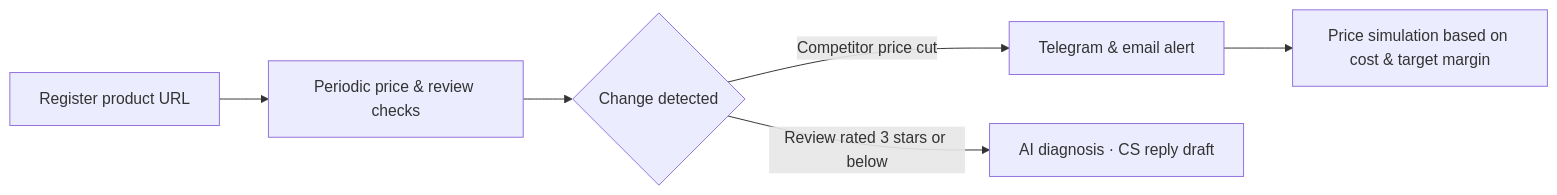
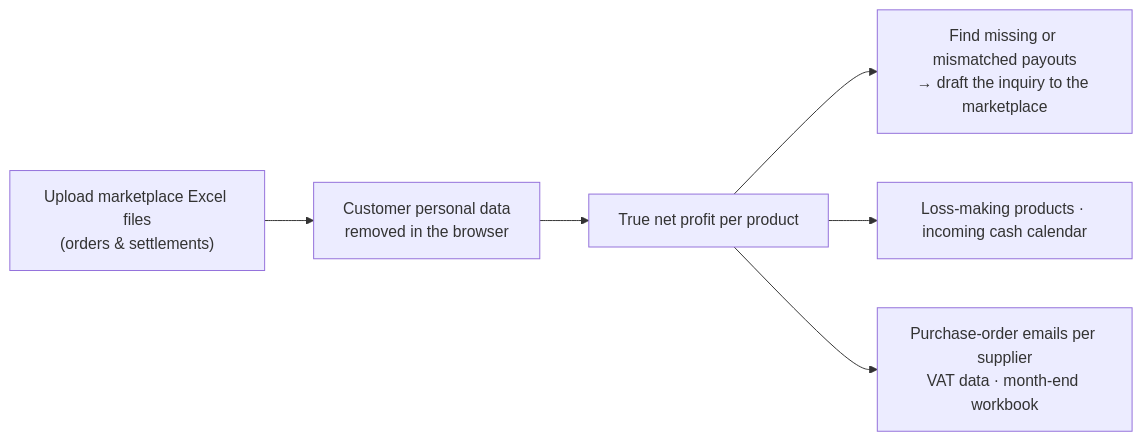
One commit to SUNWOOKLEE04/SUNWOOKLEE04 changed the first of 2 diagrams in README.en.md. Above: the diagram before and after it, drawn with Mermaid. The commit also changed other lines of this file and 3 other files, not shown here.

````diff
--- a/README.en.md
+++ b/README.en.md
@@ -102,8 +102,8 @@
 ```mermaid
 flowchart LR
-  A["Register product URL"] --> B["Periodic price & review checks"]
-  B --> C{"Change detected"}
-  C -- "Competitor price cut" --> D["Telegram & email alert"]
-  C -- "Review rated 3 stars or below" --> E["AI diagnosis · CS reply draft"]
-  D --> F["Price simulation based on cost & target margin"]
+  A["Upload marketplace Excel files<br/>(orders & settlements)"] --> B["Customer personal data<br/>removed in the browser"]
+  B --> C["True net profit per product"]
+  C --> D["Find missing or mismatched payouts<br/>→ draft the inquiry to the marketplace"]
+  C --> E["Loss-making products · incoming cash calendar"]
+  C --> F["Purchase-order emails per supplier<br/>VAT data · month-end workbook"]
 ```
````
